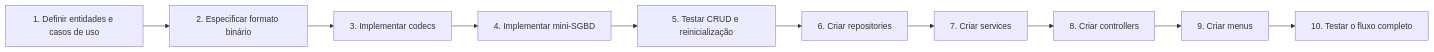
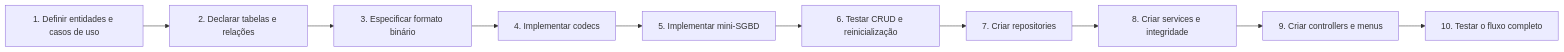
One commit to KleberRhuan/Projeto_Aed_III changed the ninth of 9 diagrams in README.md. Above: the diagram before and after it, drawn with Mermaid. The commit also changed other lines of this file, not shown here.

````diff
--- a/README.md
+++ b/README.md
@@ -578,12 +843,12 @@
 ```mermaid
 flowchart LR
-    A[1. Definir entidades e casos de uso] --> B[2. Especificar formato binário]
-    B --> C[3. Implementar codecs]
-    C --> D[4. Implementar mini-SGBD]
-    D --> E[5. Testar CRUD e reinicialização]
-    E --> F[6. Criar repositories]
-    F --> G[7. Criar services]
-    G --> H[8. Criar controllers]
-    H --> I[9. Criar menus]
+    A[1. Definir entidades e casos de uso] --> B[2. Declarar tabelas e relações]
+    B --> C[3. Especificar formato binário]
+    C --> D[4. Implementar codecs]
+    D --> E[5. Implementar mini-SGBD]
+    E --> F[6. Testar CRUD e reinicialização]
+    F --> G[7. Criar repositories]
+    G --> H[8. Criar services e integridade]
+    H --> I[9. Criar controllers e menus]
     I --> J[10. Testar o fluxo completo]
 ```
````
